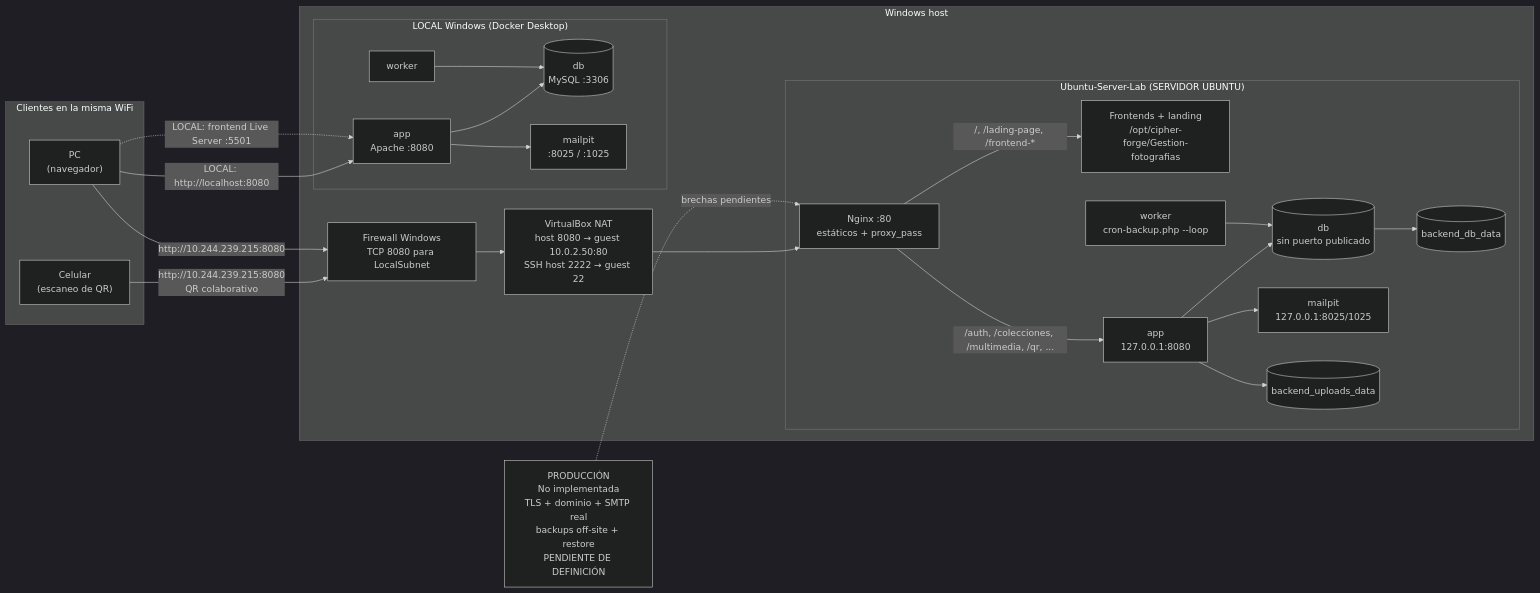
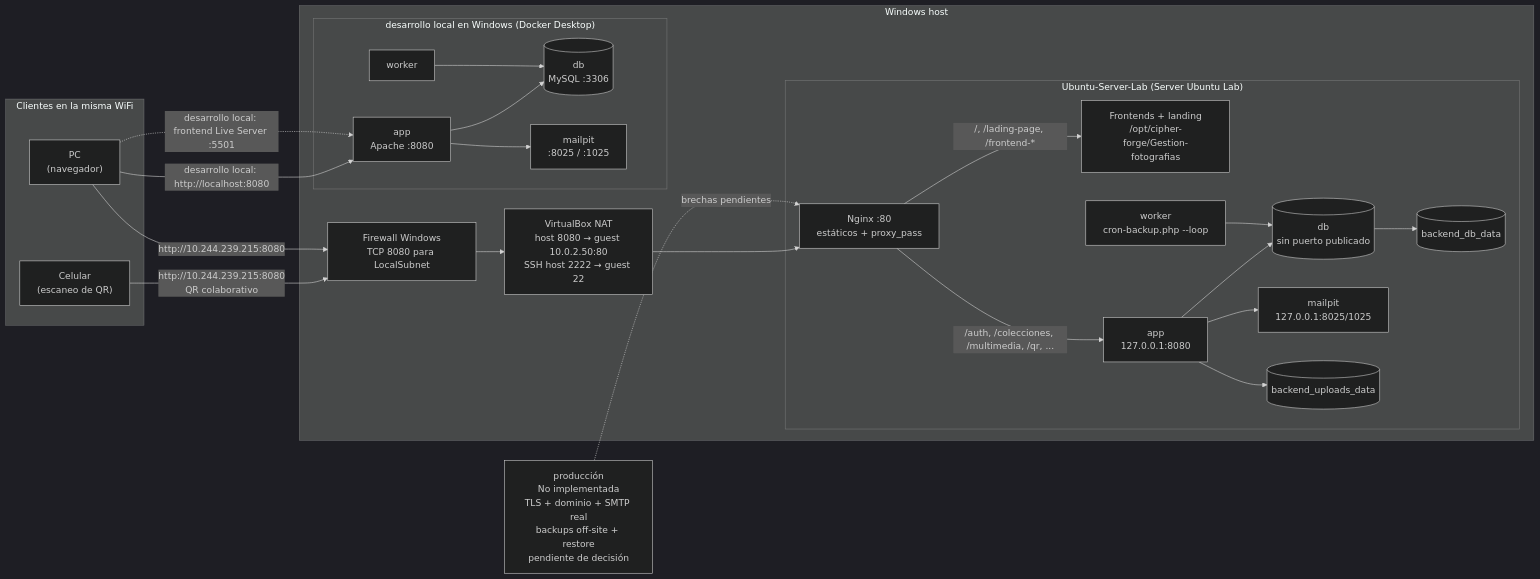
The second of 8 diagrams in Gestion-fotografias/docs/02-modelado.md (NicolasNegretto7/Cipher_Forge), drawn with Mermaid (dark theme) before and after one commit. The commit also changed other lines of this file and 11 other files, not shown here.

````diff
--- a/Gestion-fotografias/docs/02-modelado.md
+++ b/Gestion-fotografias/docs/02-modelado.md
@@ -93,50 +93,50 @@
 ```mermaid
 graph LR
     subgraph CLIENTES["Clientes en la misma WiFi"]
         CEL["Celular\n(escaneo de QR)"]
         PC["PC\n(navegador)"]
     end
 
     subgraph WINDOWS["Windows host"]
         FW["Firewall Windows\nTCP 8080 para LocalSubnet"]
         VB["VirtualBox NAT\nhost 8080 → guest 10.0.2.50:80\nSSH host 2222 → guest 22"]
 
-        subgraph LOCAL["LOCAL Windows (Docker Desktop)"]
+        subgraph LOCAL["desarrollo local en Windows (Docker Desktop)"]
             LAPP["app\nApache :8080"]
             LDB[("db\nMySQL :3306")]
             LMAIL["mailpit\n:8025 / :1025"]
             LWORKER["worker"]
         end
 
-        subgraph UBUNTU["Ubuntu-Server-Lab (SERVIDOR UBUNTU)"]
+        subgraph UBUNTU["Ubuntu-Server-Lab (Server Ubuntu Lab)"]
             NGX["Nginx :80\nestáticos + proxy_pass"]
             STATIC["Frontends + landing\n/opt/cipher-forge/Gestion-fotografias"]
             UAPP["app\n127.0.0.1:8080"]
             UDB[("db\nsin puerto publicado")]
             UMAIL["mailpit\n127.0.0.1:8025/1025"]
             UWORKER["worker\ncron-backup.php --loop"]
             UVOL[("backend_uploads_data")]
             UDBVOL[("backend_db_data")]
         end
     end
 
-    PROD["PRODUCCIÓN\nNo implementada\nTLS + dominio + SMTP real\nbackups off-site + restore\nPENDIENTE DE DEFINICIÓN"]
+    PROD["producción\nNo implementada\nTLS + dominio + SMTP real\nbackups off-site + restore\npendiente de decisión"]
 
     CEL -->|"http://10.244.239.215:8080\nQR colaborativo"| FW
     PC -->|"http://10.244.239.215:8080"| FW
-    PC -->|"LOCAL: http://localhost:8080"| LAPP
-    PC -.->|"LOCAL: frontend Live Server :5501"| LAPP
+    PC -->|"desarrollo local: http://localhost:8080"| LAPP
+    PC -.->|"desarrollo local: frontend Live Server :5501"| LAPP
     FW --> VB
     VB --> NGX
     NGX -->|"/, /lading-page, /frontend-*"| STATIC
     NGX -->|"/auth, /colecciones, /multimedia, /qr, ..."| UAPP
     UAPP --> UDB
     UAPP --> UMAIL
     UAPP --> UVOL
     UWORKER --> UDB
     UDB --> UDBVOL
     LAPP --> LDB
     LAPP --> LMAIL
     LWORKER --> LDB
     PROD -.->|"brechas pendientes"| NGX
 ```
````
